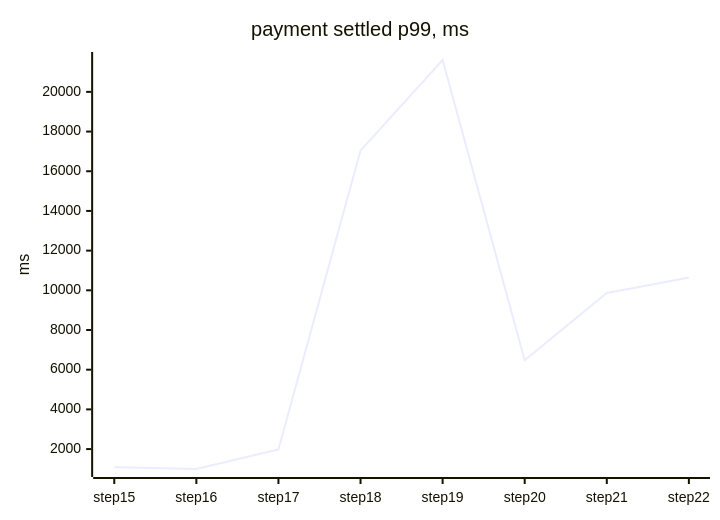
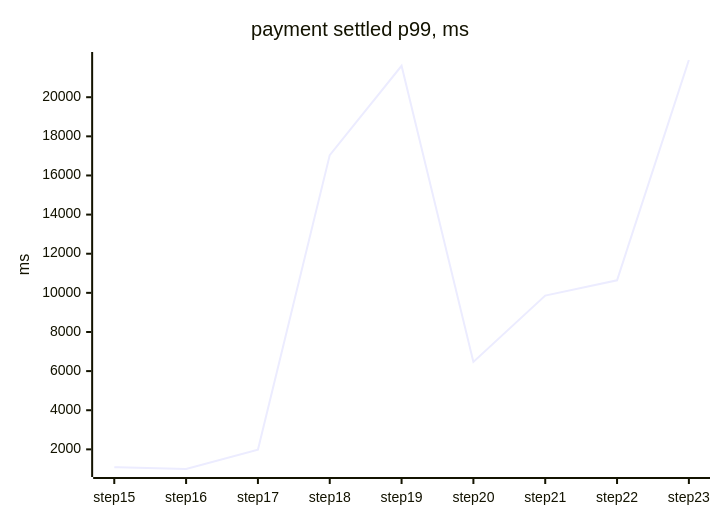
Before and after one commit to tanvoid0/ledgerflow: the fourth of 4 diagrams in docs/perf/README.md, drawn with Mermaid. The commit also changed other lines of this file and 5 other files, not shown here.

````diff
--- a/docs/perf/README.md
+++ b/docs/perf/README.md
@@ -102,7 +105,7 @@
 ```mermaid
 xychart-beta
     title "payment settled p99, ms"
-    x-axis ["step15", "step16", "step17", "step18", "step19", "step20", "step21", "step22"]
+    x-axis ["step15", "step16", "step17", "step18", "step19", "step20", "step21", "step22", "step23"]
     y-axis "ms"
-    line [1088, 996, 1982, 17042, 21606, 6472, 9862, 10643]
+    line [1088, 996, 1982, 17042, 21606, 6472, 9862, 10643, 21902]
 ```
````
